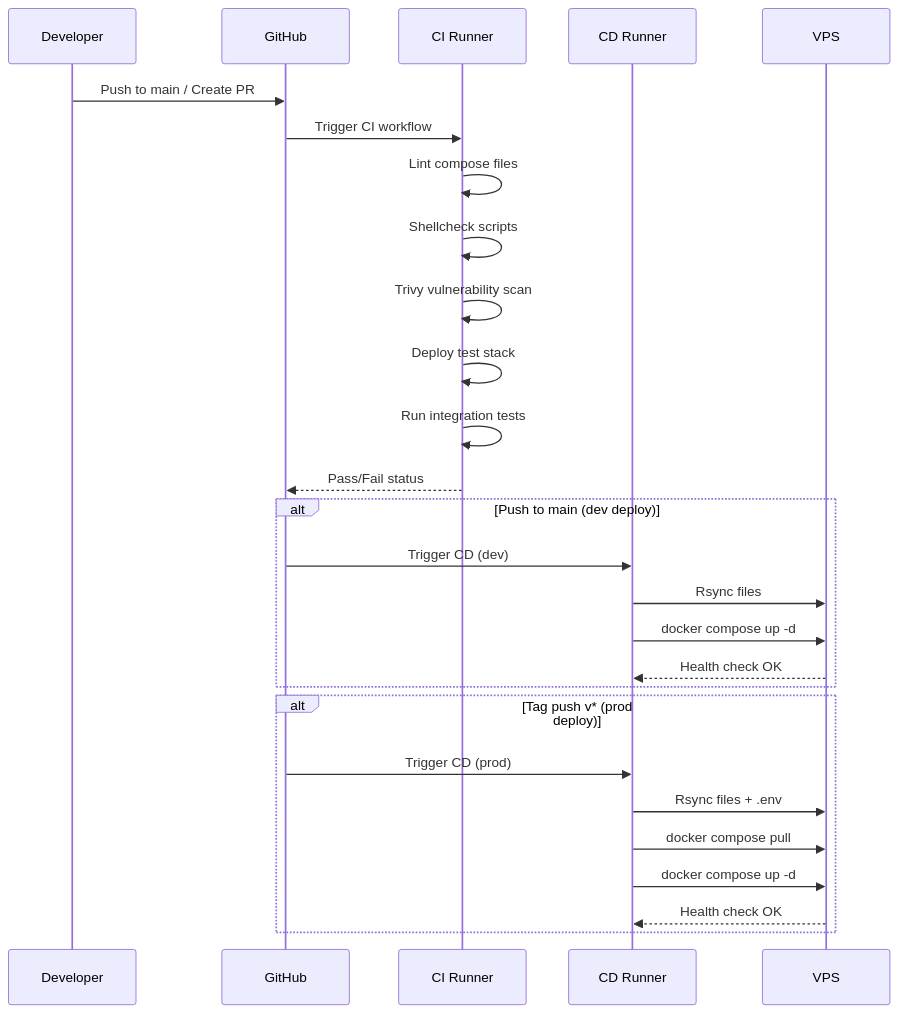
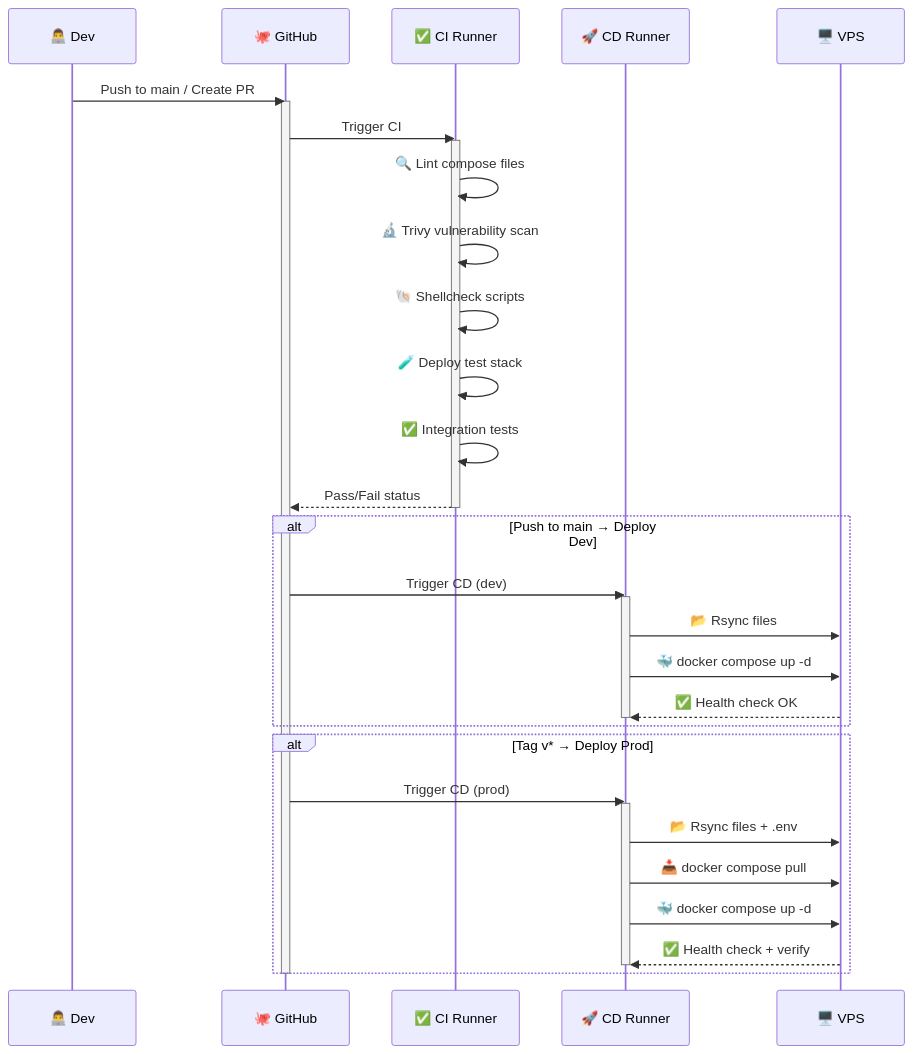
Before and after one commit to vanchasrujankumar/n8n-docker-prod-stack: the third of 7 diagrams in README.md, drawn with Mermaid. The commit also changed other lines of this file and 6 other files, not shown here.

Commit message:
fix: shellcheck issues, CI env vars, add actions badge, improve diagrams

````diff
--- a/README.md
+++ b/README.md
@@ -94,32 +106,44 @@
 ```mermaid
 sequenceDiagram
-    participant Dev as Developer
-    participant GH as GitHub
-    participant CI as CI Runner
-    participant CD as CD Runner
-    participant Server as VPS
+    participant Dev as 👨‍💻 Dev
+    participant GH as 🐙 GitHub
+    participant CI as ✅ CI Runner
+    participant CD as 🚀 CD Runner
+    participant Server as 🖥️  VPS
 
     Dev->>GH: Push to main / Create PR
-    GH->>CI: Trigger CI workflow
-    CI->>CI: Lint compose files
-    CI->>CI: Shellcheck scripts
-    CI->>CI: Trivy vulnerability scan
-    CI->>CI: Deploy test stack
-    CI->>CI: Run integration tests
+    activate GH
+
+    GH->>CI: Trigger CI
+    activate CI
+
+    CI->>CI: 🔍 Lint compose files
+    CI->>CI: 🔬 Trivy vulnerability scan
+    CI->>CI: 🐚 Shellcheck scripts
+    CI->>CI: 🧪 Deploy test stack
+    CI->>CI: ✅ Integration tests
+
     CI-->>GH: Pass/Fail status
+    deactivate CI
 
-    alt Push to main (dev deploy)
+    alt Push to main → Deploy Dev
         GH->>CD: Trigger CD (dev)
-        CD->>Server: Rsync files
-        CD->>Server: docker compose up -d
-        Server-->>CD: Health check OK
+        activate CD
+        CD->>Server: 📂 Rsync files
+        CD->>Server: 🐳 docker compose up -d
+        Server-->>CD: ✅ Health check OK
+        deactivate CD
     end
 
-    alt Tag push v* (prod deploy)
+    alt Tag v* → Deploy Prod
         GH->>CD: Trigger CD (prod)
-        CD->>Server: Rsync files + .env
-        CD->>Server: docker compose pull
-        CD->>Server: docker compose up -d
-        Server-->>CD: Health check OK
+        activate CD
+        CD->>Server: 📂 Rsync files + .env
+        CD->>Server: 📥 docker compose pull
+        CD->>Server: 🐳 docker compose up -d
+        Server-->>CD: ✅ Health check + verify
+        deactivate CD
     end
+
+    deactivate GH
 ```
````
